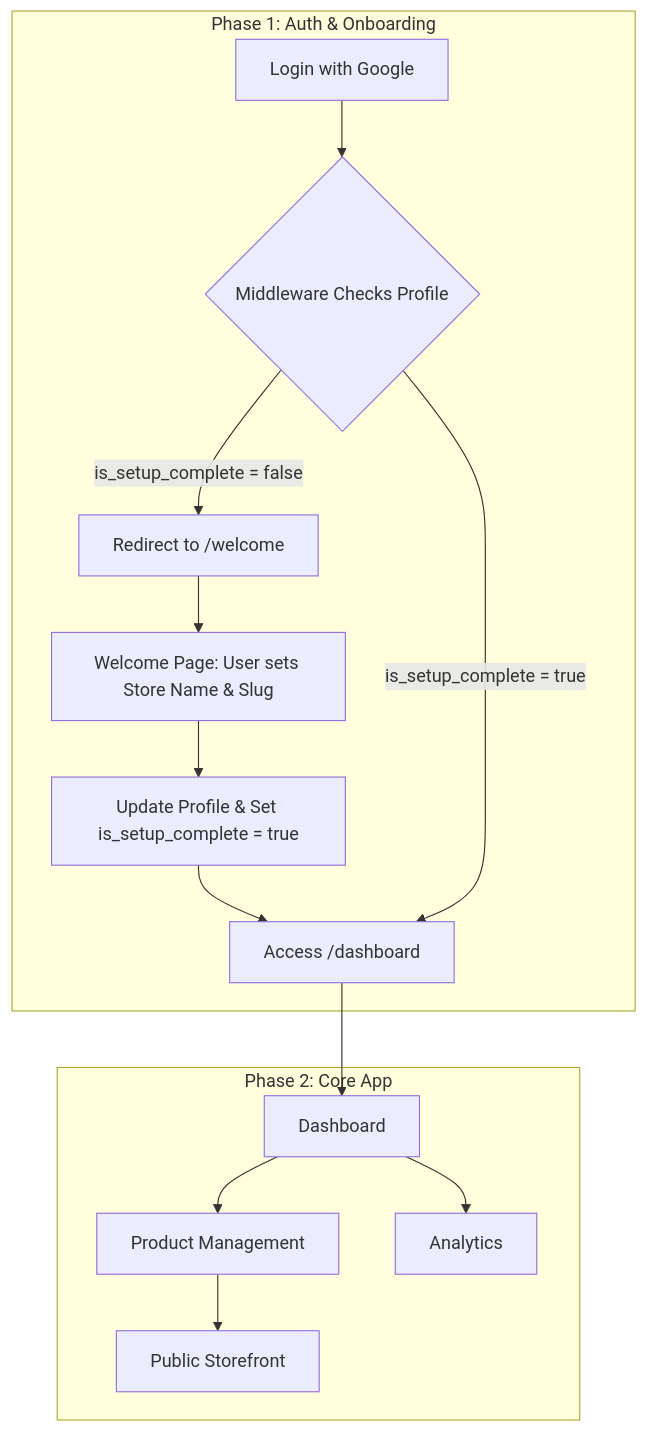
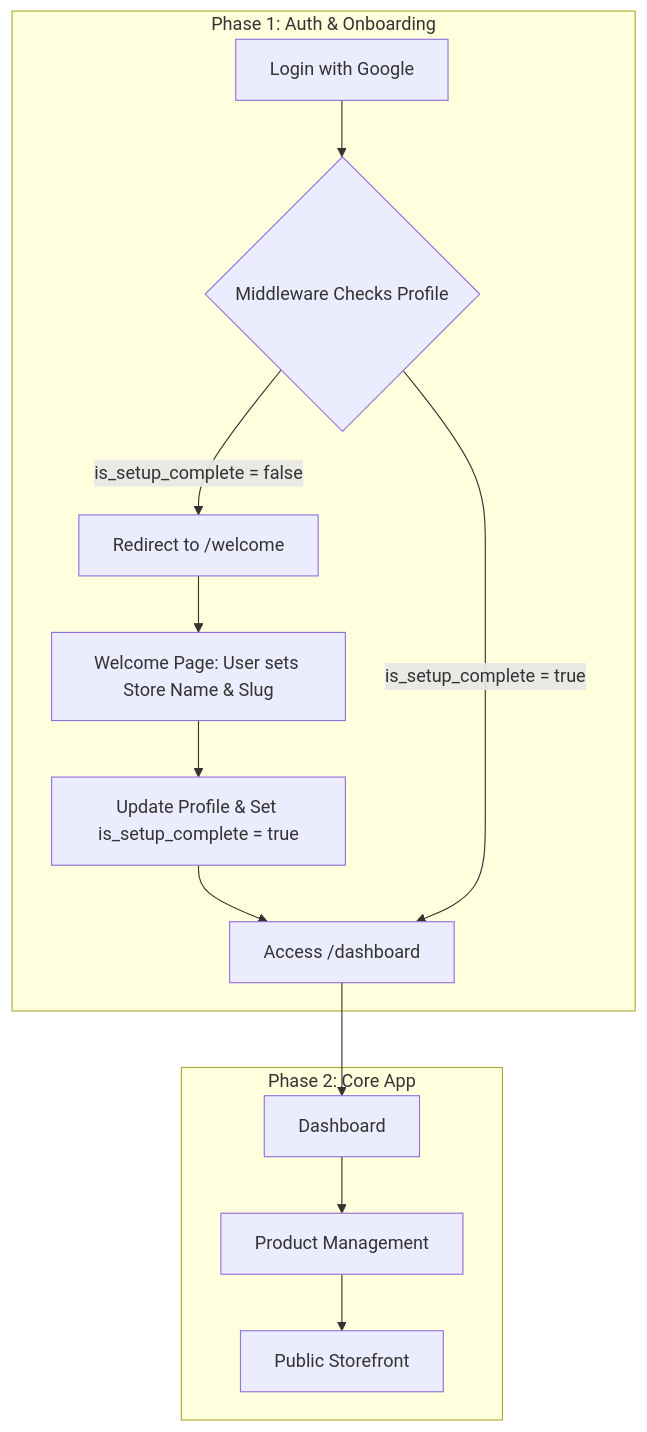
The diagram in PLAN.md (nimramin/StoreGenie), drawn with Mermaid before and after one commit. The commit also changed other lines of this file and 8 other files, not shown here.

````diff
--- a/PLAN.md
+++ b/PLAN.md
@@ -9,19 +9,18 @@
 ```mermaid
 graph TD
     subgraph "Phase 1: Auth & Onboarding"
         A1[Login with Google] --> A2{Middleware Checks Profile};
         A2 -- "is_setup_complete = false" --> W1[Redirect to /welcome];
         W1 --> W2[Welcome Page: User sets Store Name & Slug];
         W2 --> W3[Update Profile & Set is_setup_complete = true];
         W3 --> A3[Redirect to /dashboard];
         A2 -- "is_setup_complete = true" --> A3[Access /dashboard];
     end
 
     subgraph "Phase 2: Core App"
         D1[Dashboard] --> P1[Product Management];
-        D1 --> AN1[Analytics];
         P1 --> S1[Public Storefront];
     end
 
     A3 --> D1;
 ```
````
